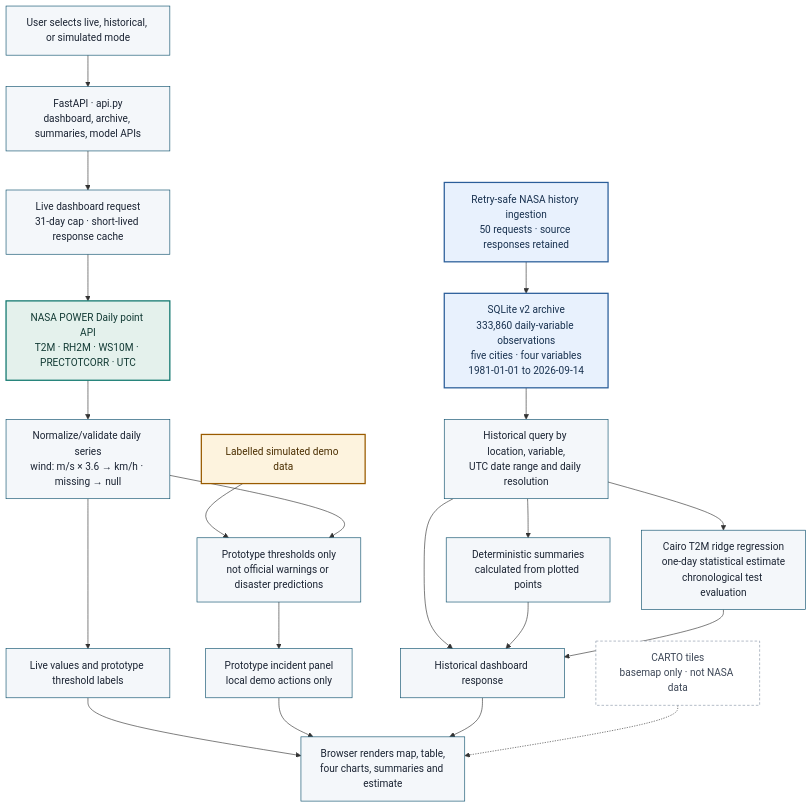
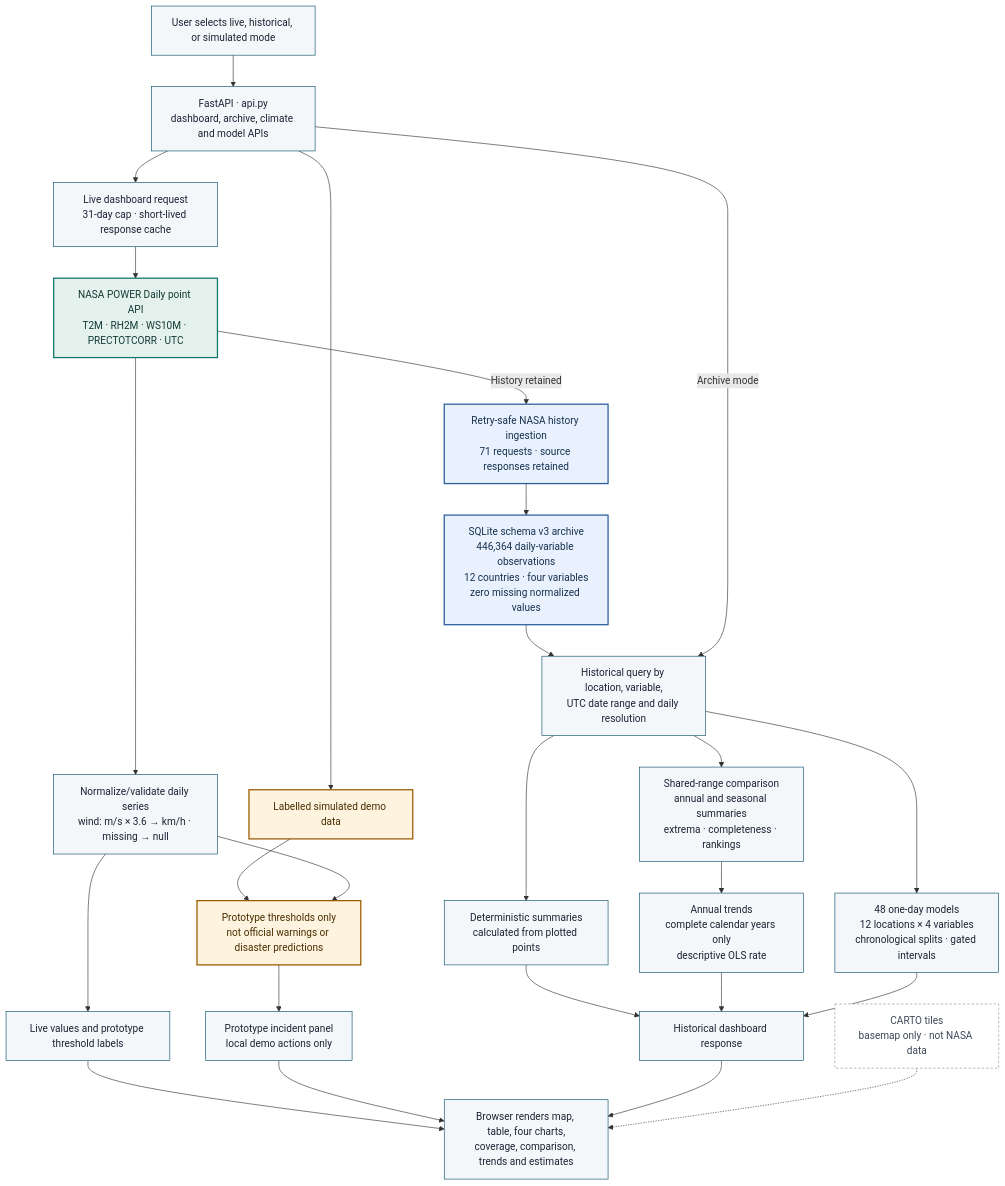
Before and after one commit to aliahmed-star/earthscope: the diagram in submission_deliverables_2026-11-14/assets/earthscope_dataflow_light.mmd, drawn with Mermaid. The commit also changed 70 other files, not shown here.

Commit message:
Upgrade EARTHSCOPE: climate analysis, model suite, historical archive, submission deliverables

```diff
--- a/submission_deliverables_2026-11-14/assets/earthscope_dataflow_light.mmd
+++ b/submission_deliverables_2026-11-14/assets/earthscope_dataflow_light.mmd
@@ -1,33 +1,45 @@
 flowchart TB
-    START["User selects live, historical, or simulated mode"] --> API["FastAPI · api.py<br/>dashboard, archive, summaries, model APIs"]
-    API --> LIVEQ["Live dashboard request<br/>31-day cap · short-lived response cache"]
-    LIVEQ --> NASA["NASA POWER Daily point API<br/>T2M · RH2M · WS10M · PRECTOTCORR · UTC"]
-    NASA --> NORM["Normalize/validate daily series<br/>wind: m/s × 3.6 → km/h · missing → null"]
-    NORM --> LIVE["Live values and prototype threshold labels"]
+    START["User selects live, historical, or simulated mode"]
+    API["FastAPI · api.py<br/>dashboard, archive, climate and model APIs"]
+    LIVEQ["Live dashboard request<br/>31-day cap · short-lived response cache"]
+    NASA["NASA POWER Daily point API<br/>T2M · RH2M · WS10M · PRECTOTCORR · UTC"]
+    NORM["Normalize/validate daily series<br/>wind: m/s × 3.6 → km/h · missing → null"]
+    LIVE["Live values and prototype threshold labels"]
+    DEMO["Labelled simulated demo data"]
+    RULES["Prototype thresholds only<br/>not official warnings or disaster predictions"]
+    INC["Prototype incident panel<br/>local demo actions only"]
+    INGEST["Retry-safe NASA history ingestion<br/>71 requests · source responses retained"]
+    DB["SQLite schema v3 archive<br/>446,364 daily-variable observations<br/>12 countries · four variables<br/>zero missing normalized values"]
+    QUERY["Historical query by location, variable,<br/>UTC date range and daily resolution"]
+    SUM["Deterministic summaries<br/>calculated from plotted points"]
+    CMP["Shared-range comparison<br/>annual and seasonal summaries<br/>extrema · completeness · rankings"]
+    TREND["Annual trends<br/>complete calendar years only<br/>descriptive OLS rate"]
+    SUITE["48 one-day models<br/>12 locations × 4 variables<br/>chronological splits · gated intervals"]
+    HIST["Historical dashboard response"]
+    RENDER["Browser renders map, table, four charts,<br/>coverage, comparison, trends and estimates"]
+    CARTO["CARTO tiles<br/>basemap only · not NASA data"]
 
-    INGEST["Retry-safe NASA history ingestion<br/>50 requests · source responses retained"] --> DB["SQLite v2 archive<br/>333,860 daily-variable observations<br/>five cities · four variables<br/>1981-01-01 to 2026-09-14"]
-    DB --> QUERY["Historical query by location, variable,<br/>UTC date range and daily resolution"]
-    QUERY --> SUM["Deterministic summaries<br/>calculated from plotted points"]
-    QUERY --> MODEL["Cairo T2M ridge regression<br/>one-day statistical estimate<br/>chronological test evaluation"]
-    QUERY --> HIST["Historical dashboard response"]
-    SUM --> HIST
-    MODEL --> HIST
-
-    DEMO["Labelled simulated demo data"] --> RULES["Prototype thresholds only<br/>not official warnings or disaster predictions"]
-    NORM --> RULES
-    RULES --> INC["Prototype incident panel<br/>local demo actions only"]
-    LIVE --> RENDER["Browser renders map, table,<br/>four charts, summaries and estimate"]
+    START --> API --> LIVEQ
+    LIVEQ --> NASA --> NORM --> LIVE
+    API --> DEMO --> RULES
+    NORM --> RULES --> INC
+    NASA -->|History retained| INGEST --> DB --> QUERY
+    API -->|Archive mode| QUERY
+    QUERY --> SUM --> HIST
+    QUERY --> CMP --> TREND --> HIST
+    QUERY --> SUITE --> HIST
+    LIVE --> RENDER
     INC --> RENDER
     HIST --> RENDER
-    CARTO["CARTO tiles<br/>basemap only · not NASA data"] -.-> RENDER
+    CARTO -.-> RENDER
 
     classDef app fill:#F4F7FA,stroke:#0B4F6C,color:#1B2433,stroke-width:1px;
     classDef nasa fill:#E4F1EC,stroke:#0F766E,color:#123A34,stroke-width:2px;
     classDef demo fill:#FDF3DE,stroke:#9A5B00,color:#4A2E00,stroke-width:2px;
     classDef store fill:#E8F1FD,stroke:#2B5E9A,color:#18314F,stroke-width:2px;
     classDef note fill:#FFFFFF,stroke:#8A97A8,color:#3D4757,stroke-dasharray:4 3;
-    class START,API,LIVEQ,NORM,LIVE,QUERY,SUM,MODEL,HIST,RULES,INC,RENDER app;
+    class START,API,LIVEQ,NORM,LIVE,QUERY,SUM,CMP,TREND,SUITE,HIST,INC,RENDER app;
     class NASA nasa;
-    class DEMO demo;
+    class DEMO,RULES demo;
     class DB,INGEST store;
     class CARTO note;
```
